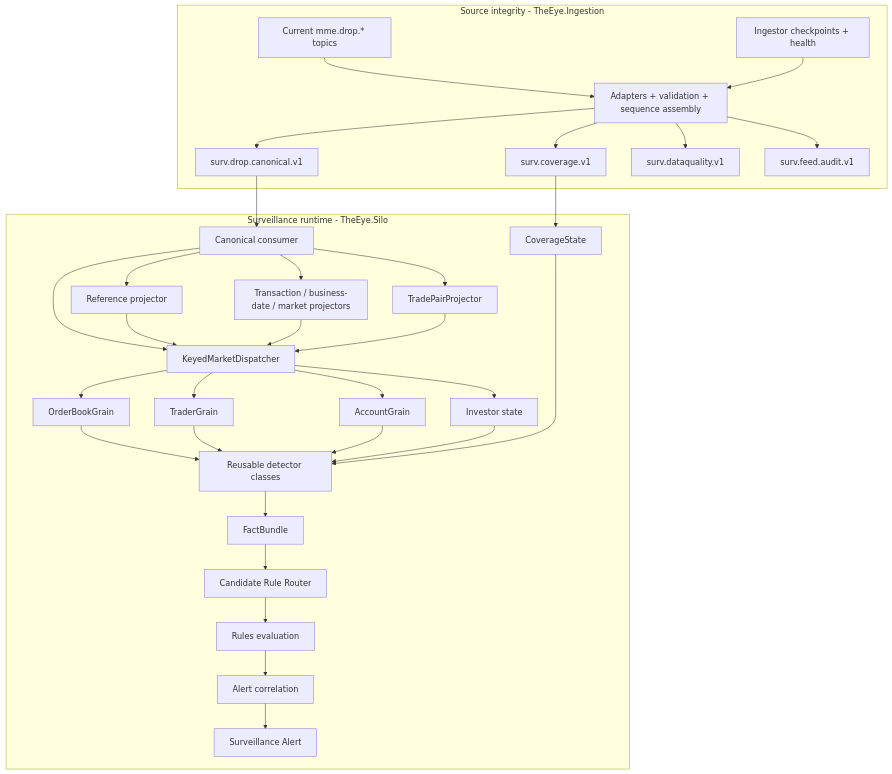
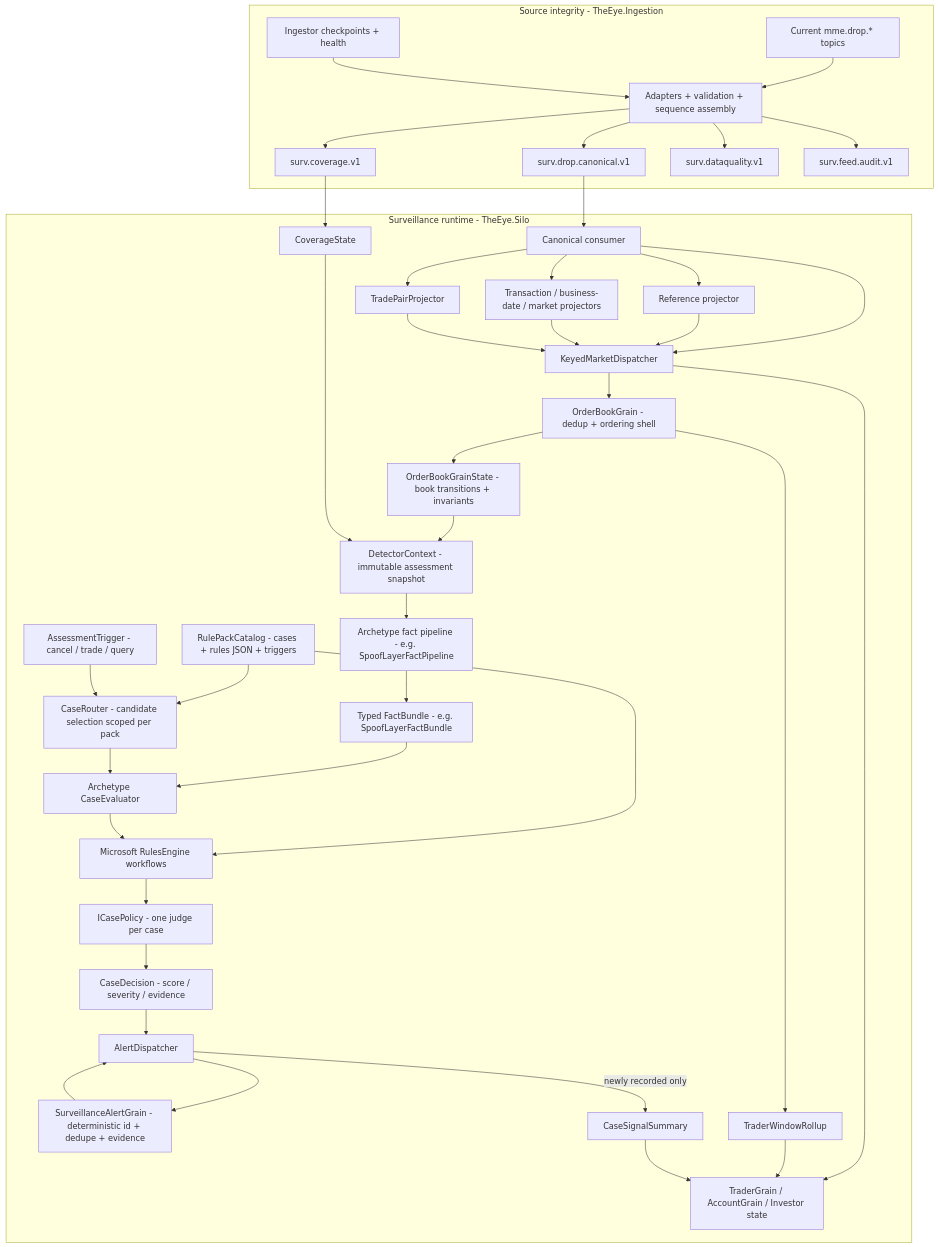
Before and after one commit to adnanelhabashy/surveillance-knowledge-base: the diagram in Market-Surveillance-Full-Plan-Doc-Refrence/Architecture/Surveillance Detection Pipeline.md, drawn with Mermaid. The commit also changed other lines of this file, not shown here.

Commit message:
docs: integrate archetype detection pipeline into surveillance architecture

````diff
--- a/Market-Surveillance-Full-Plan-Doc-Refrence/Architecture/Surveillance Detection Pipeline.md
+++ b/Market-Surveillance-Full-Plan-Doc-Refrence/Architecture/Surveillance Detection Pipeline.md
@@ -18,34 +18,49 @@
 ```mermaid
 flowchart TB
     subgraph SOURCE[Source integrity - TheEye.Ingestion]
         RAW[Current mme.drop.* topics] --> ING[Adapters + validation + sequence assembly]
         REDIS[Ingestor checkpoints + health] --> ING
         ING --> CAN[surv.drop.canonical.v1]
         ING --> COV[surv.coverage.v1]
         ING --> DQ[surv.dataquality.v1]
         ING --> AUD[surv.feed.audit.v1]
     end
 
     subgraph SILO[Surveillance runtime - TheEye.Silo]
         CAN --> CON[Canonical consumer]
         CON --> REF[Reference projector]
         CON --> MARKET[Transaction / business-date / market projectors]
         CON --> PAIR[TradePairProjector]
         CON --> DISP[KeyedMarketDispatcher]
         REF & MARKET & PAIR --> DISP
 
-        DISP --> OBG[OrderBookGrain]
-        DISP --> TG[TraderGrain]
-        DISP --> AG[AccountGrain]
-        DISP --> IG[Investor state]
+        DISP --> BOOK[OrderBookGrain - dedup + ordering shell]
+        DISP --> SUBJECT[TraderGrain / AccountGrain / Investor state]
+        COV --> COVERAGE[CoverageState]
 
-        COV --> CG[CoverageState]
+        BOOK --> STATE[OrderBookGrainState - book transitions + invariants]
+        STATE --> CTX[DetectorContext - immutable assessment snapshot]
+        COVERAGE --> CTX
 
-        OBG & TG & AG & IG & CG --> DET[Reusable detector classes]
-        DET --> FB[FactBundle]
-        FB --> RR[Candidate Rule Router]
-        RR --> RULES[Rules evaluation]
-        RULES --> CORR[Alert correlation]
-        CORR --> ALERT[Surveillance Alert]
+        CTX --> PIPE[Archetype fact pipeline - e.g. SpoofLayerFactPipeline]
+        PIPE --> FACTS[Typed FactBundle - e.g. SpoofLayerFactBundle]
+
+        PACKS[RulePackCatalog - cases + rules JSON + triggers] --> ROUTER[CaseRouter - candidate selection scoped per pack]
+        TRIGGER[AssessmentTrigger - cancel / trade / query] --> ROUTER
+        FACTS --> EVAL[Archetype CaseEvaluator]
+        ROUTER --> EVAL
+        PACKS --> RULES[Microsoft RulesEngine workflows]
+        EVAL --> RULES
+        RULES --> POLICY[ICasePolicy - one judge per case]
+        POLICY --> DEC[CaseDecision - score / severity / evidence]
+
+        DEC --> AD[AlertDispatcher]
+        AD --> ALERT[SurveillanceAlertGrain - deterministic id + dedupe + evidence]
+        ALERT --> AD
+
+        BOOK --> ROLLUP[TraderWindowRollup]
+        ROLLUP --> SUBJECT
+        AD -->|newly recorded only| SIGNAL[CaseSignalSummary]
+        SIGNAL --> SUBJECT
     end
 ```
````
